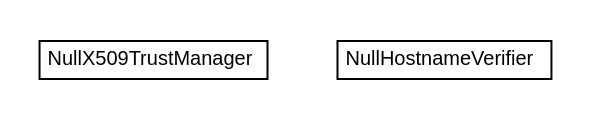
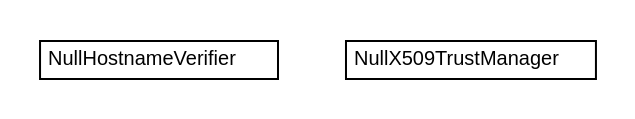
One commit to trajano/commons-testing changed the diagram in apidocs/net/trajano/commons/testing/internal/net.trajano.commons.testing.internal.dot. Above: the diagram before and after it, drawn with Graphviz. The commit also changed 140 other files, not shown here.

```diff
--- a/apidocs/net/trajano/commons/testing/internal/net.trajano.commons.testing.internal.dot
+++ b/apidocs/net/trajano/commons/testing/internal/net.trajano.commons.testing.internal.dot
@@ -1,24 +1,24 @@
 #!/usr/local/bin/dot
 #
 # Class diagram 
 # Generated by UMLGraph version R5_6-24-gf6e263 (http://www.umlgraph.org/)
 #
 
 digraph G {
-	edge [fontname="arial",fontsize=10,labelfontname="arial",labelfontsize=10];
-	node [fontname="arial",fontsize=10,shape=plaintext];
+	edge [fontname="Helvetica",fontsize=10,labelfontname="Helvetica",labelfontsize=10];
+	node [fontname="Helvetica",fontsize=10,shape=plaintext];
 	nodesep=0.25;
 	ranksep=0.5;
+	// net.trajano.commons.testing.internal.NullHostnameVerifier
+	c6 [label=<<table title="net.trajano.commons.testing.internal.NullHostnameVerifier" border="0" cellborder="1" cellspacing="0" cellpadding="2" port="p" href="./NullHostnameVerifier.html">
+		<tr><td><table border="0" cellspacing="0" cellpadding="1">
+<tr><td align="center" balign="center"> NullHostnameVerifier </td></tr>
+		</table></td></tr>
+		</table>>, URL="./NullHostnameVerifier.html", fontname="Helvetica", fontcolor="black", fontsize=10.0];
 	// net.trajano.commons.testing.internal.NullX509TrustManager
-	c6 [label=<<table title="net.trajano.commons.testing.internal.NullX509TrustManager" border="0" cellborder="1" cellspacing="0" cellpadding="2" port="p" href="./NullX509TrustManager.html">
+	c7 [label=<<table title="net.trajano.commons.testing.internal.NullX509TrustManager" border="0" cellborder="1" cellspacing="0" cellpadding="2" port="p" href="./NullX509TrustManager.html">
 		<tr><td><table border="0" cellspacing="0" cellpadding="1">
 <tr><td align="center" balign="center"> NullX509TrustManager </td></tr>
 		</table></td></tr>
-		</table>>, URL="./NullX509TrustManager.html", fontname="arial", fontcolor="black", fontsize=10.0];
-	// net.trajano.commons.testing.internal.NullHostnameVerifier
-	c7 [label=<<table title="net.trajano.commons.testing.internal.NullHostnameVerifier" border="0" cellborder="1" cellspacing="0" cellpadding="2" port="p" href="./NullHostnameVerifier.html">
-		<tr><td><table border="0" cellspacing="0" cellpadding="1">
-<tr><td align="center" balign="center"> NullHostnameVerifier </td></tr>
-		</table></td></tr>
-		</table>>, URL="./NullHostnameVerifier.html", fontname="arial", fontcolor="black", fontsize=10.0];
+		</table>>, URL="./NullX509TrustManager.html", fontname="Helvetica", fontcolor="black", fontsize=10.0];
 }
```
